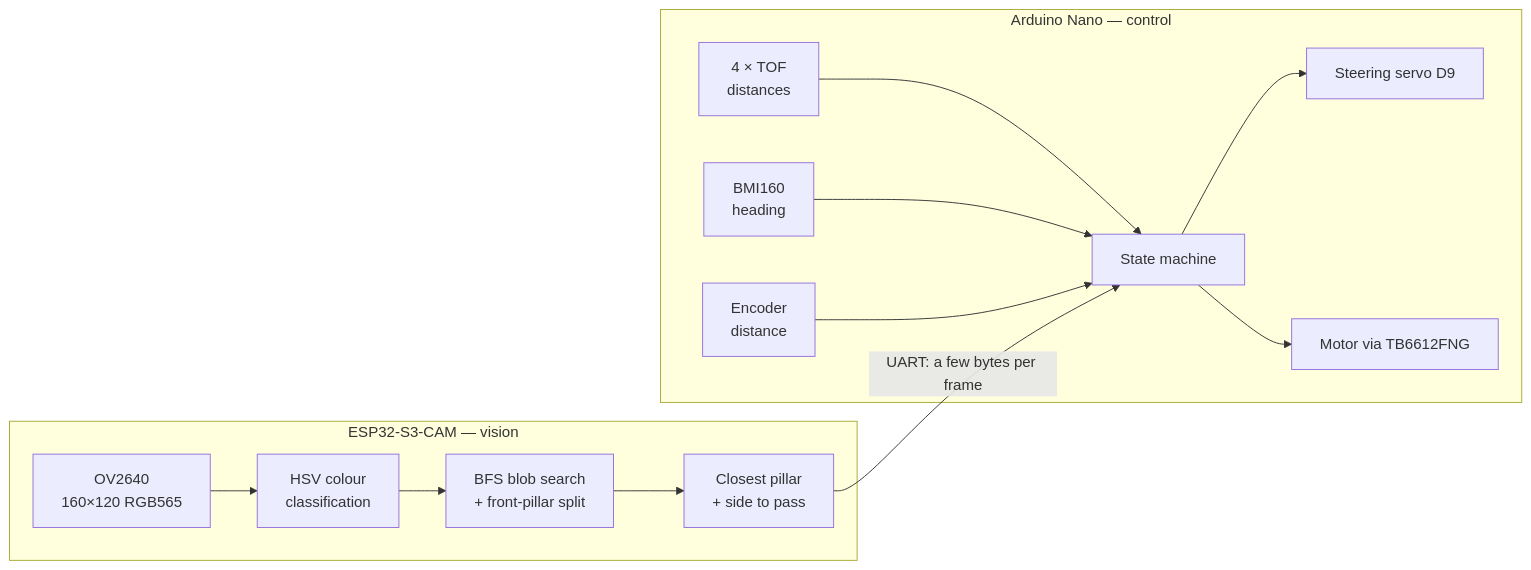
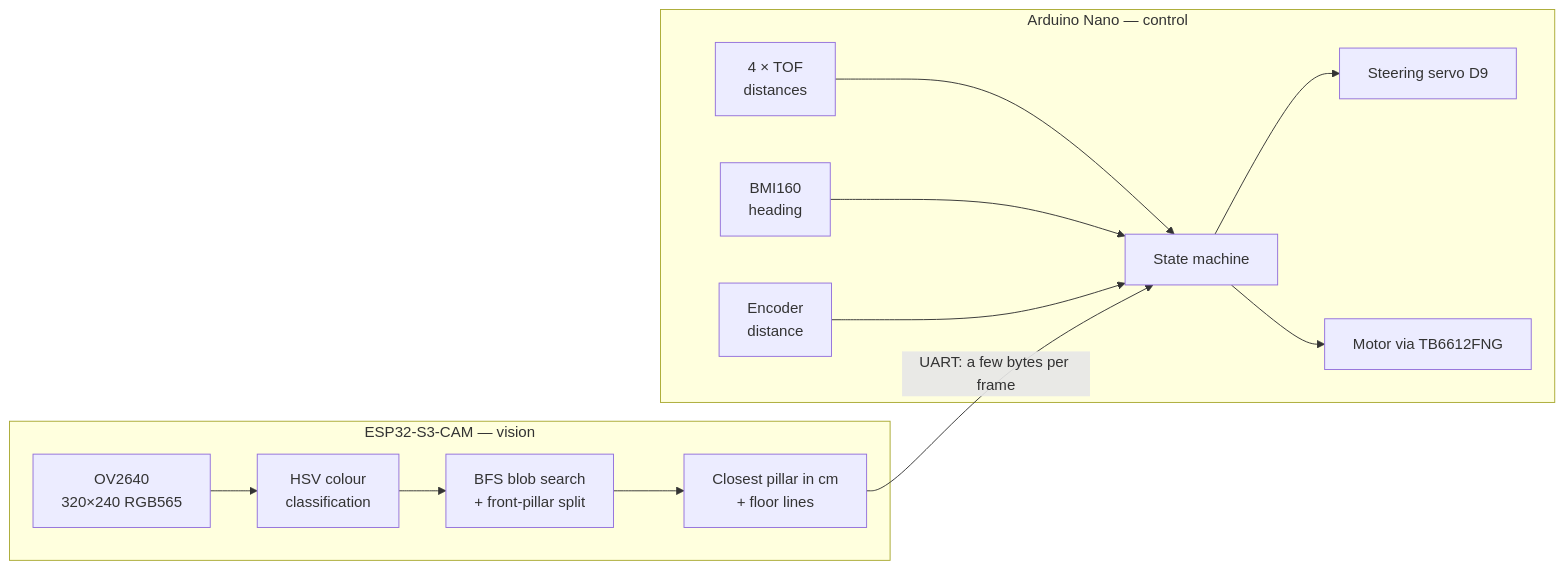
One commit to henryalejandrorieraloza-sudo/WRO-2026-Future-Engineers-Journal changed the first of 2 diagrams in README.md. Above: the diagram before and after it, drawn with Mermaid. The commit also changed other lines of this file and 6 other files, not shown here.

First line of the commit message:
v1.6: Obstacle Challenge in centimetres - straight with pillars, camera v3, floor lines

````diff
--- a/README.md
+++ b/README.md
@@ -319,16 +319,16 @@
 ```mermaid
 flowchart LR
     subgraph CAM["ESP32-S3-CAM — vision"]
-        A[OV2640<br>160×120 RGB565] --> B[HSV colour<br>classification]
+        A[OV2640<br>320×240 RGB565] --> B[HSV colour<br>classification]
         B --> C[BFS blob search<br>+ front-pillar split]
-        C --> D[Closest pillar<br>+ side to pass]
+        C --> D[Closest pillar in cm<br>+ floor lines]
     end
     subgraph NANO["Arduino Nano — control"]
         E[4 × TOF<br>distances] --> H[State machine]
         F[BMI160<br>heading] --> H
         G[Encoder<br>distance] --> H
         H --> I[Steering servo D9]
         H --> J[Motor via TB6612FNG]
     end
     D -- "UART: a few bytes per frame" --> H
 ```
````
